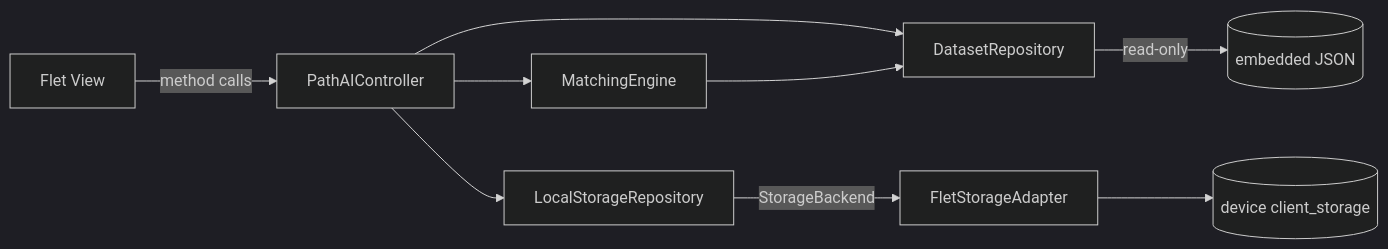
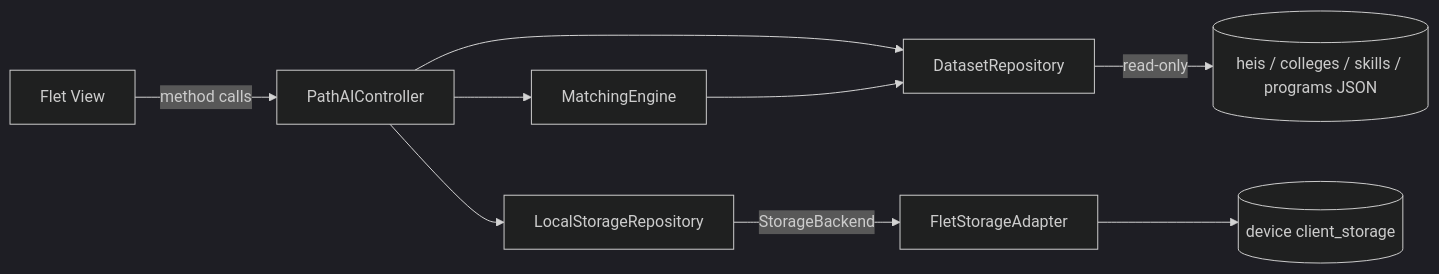
Before and after one commit to jksalcedo/path.ai: the diagram in ARCHITECTURE.md, drawn with Mermaid (dark theme). The commit also changed other lines of this file and 8 other files, not shown here.

First line of the commit message:
feat: Enhance dataset repository with colleges and skills integration (three-layer model)

````diff
--- a/ARCHITECTURE.md
+++ b/ARCHITECTURE.md
@@ -56,11 +65,11 @@
 ```mermaid
 flowchart LR
     V[Flet View] -->|method calls| C[PathAIController]
     C --> E[MatchingEngine]
     C --> DR[DatasetRepository]
     C --> SR[LocalStorageRepository]
     E --> DR
-    DR -->|read-only| J[(embedded JSON)]
+    DR -->|read-only| J[(heis / colleges / skills / programs JSON)]
     SR -->|StorageBackend| A[FletStorageAdapter]
     A --> KV[(device client_storage)]
 ```
````
